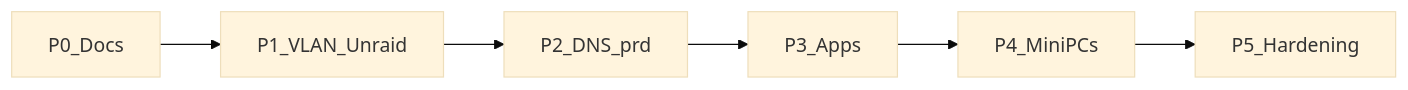
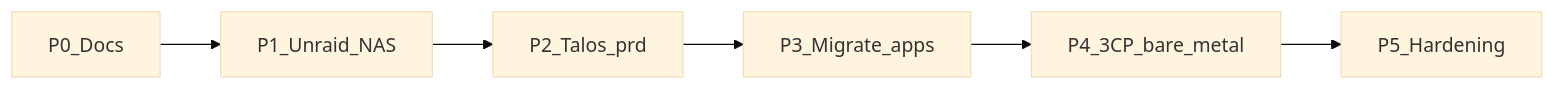
Before and after one commit to jacobdrury/homelab: the diagram in docs/roadmap.md, drawn with Mermaid (base theme). The commit also changed other lines of this file and 7 other files, not shown here.

````diff
--- a/docs/roadmap.md
+++ b/docs/roadmap.md
@@ -15,10 +14,10 @@
 ```mermaid
 flowchart LR
   P0[P0_Docs]
-  P1[P1_VLAN_Unraid]
-  P2[P2_DNS_prd]
-  P3[P3_Apps]
-  P4[P4_MiniPCs]
+  P1[P1_Unraid_NAS]
+  P2[P2_Talos_prd]
+  P3[P3_Migrate_apps]
+  P4[P4_3CP_bare_metal]
   P5[P5_Hardening]
   P0 --> P1 --> P2 --> P3 --> P4 --> P5
 ```
````
